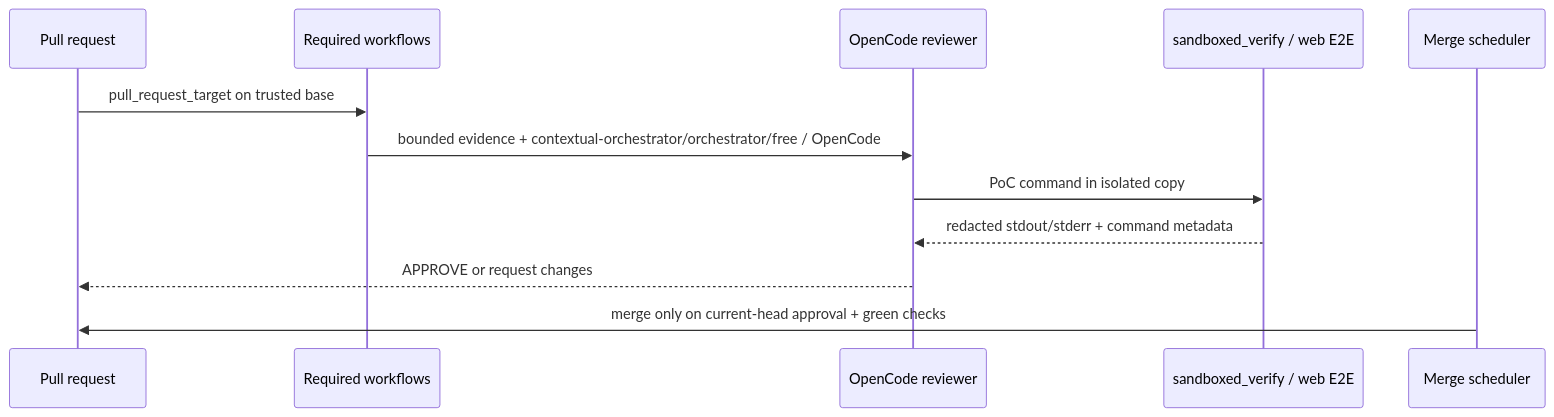
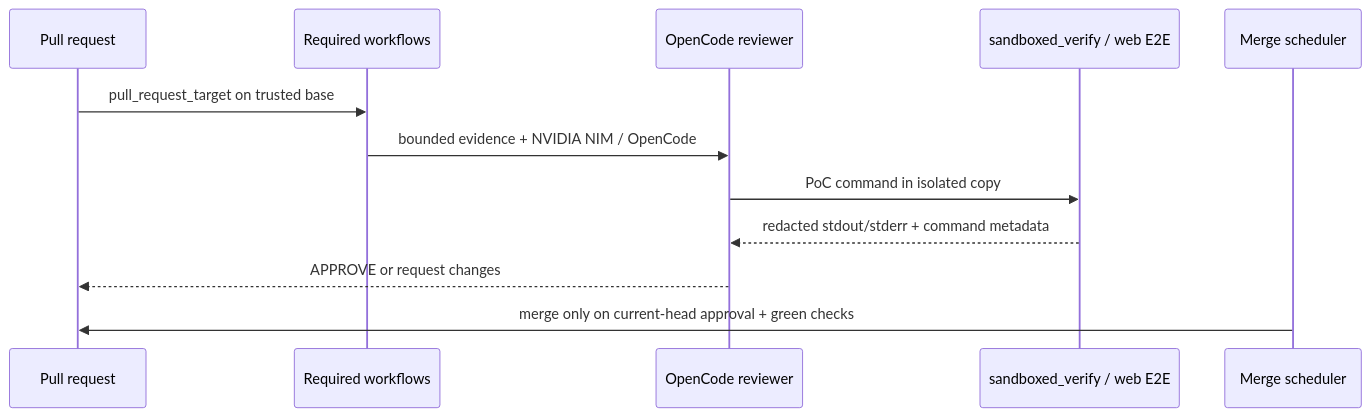
The fourth of 4 diagrams in ARCHITECTURE.md (ContextualWisdomLab/.github), drawn with Mermaid before and after one commit. The commit also changed other lines of this file and 461 other files, not shown here.

````diff
--- a/ARCHITECTURE.md
+++ b/ARCHITECTURE.md
@@ -166,15 +101,15 @@
 ```mermaid
 sequenceDiagram
   participant PR as Pull request
   participant RW as Required workflows
   participant OC as OpenCode reviewer
   participant SV as sandboxed_verify / web E2E
   participant MS as Merge scheduler
 
   PR->>RW: pull_request_target on trusted base
-  RW->>OC: bounded evidence + contextual-orchestrator/orchestrator/free / OpenCode
+  RW->>OC: bounded evidence + NVIDIA NIM / OpenCode
   OC->>SV: PoC command in isolated copy
   SV-->>OC: redacted stdout/stderr + command metadata
   OC-->>PR: APPROVE or request changes
   MS->>PR: merge only on current-head approval + green checks
 ```
````
